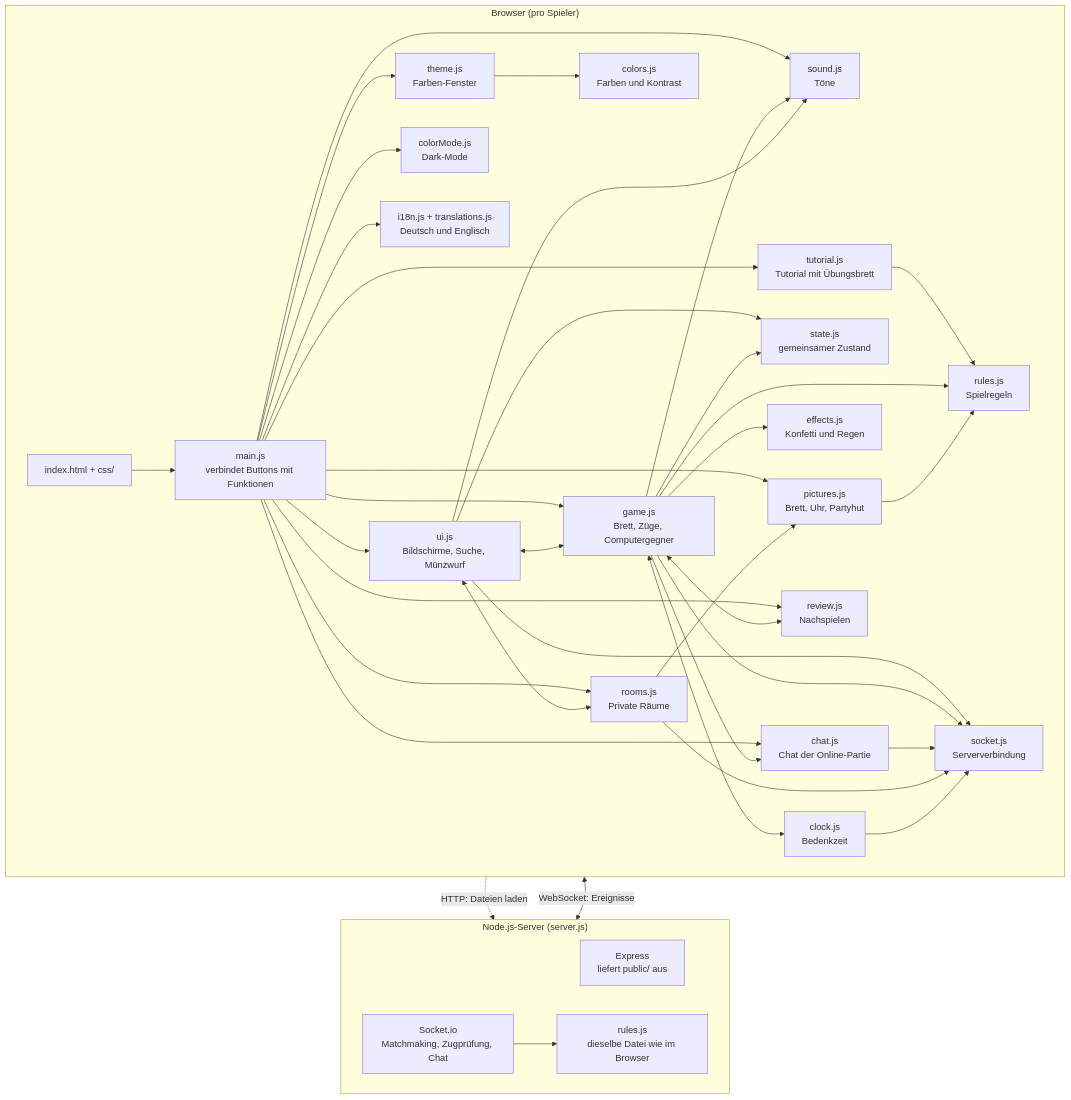
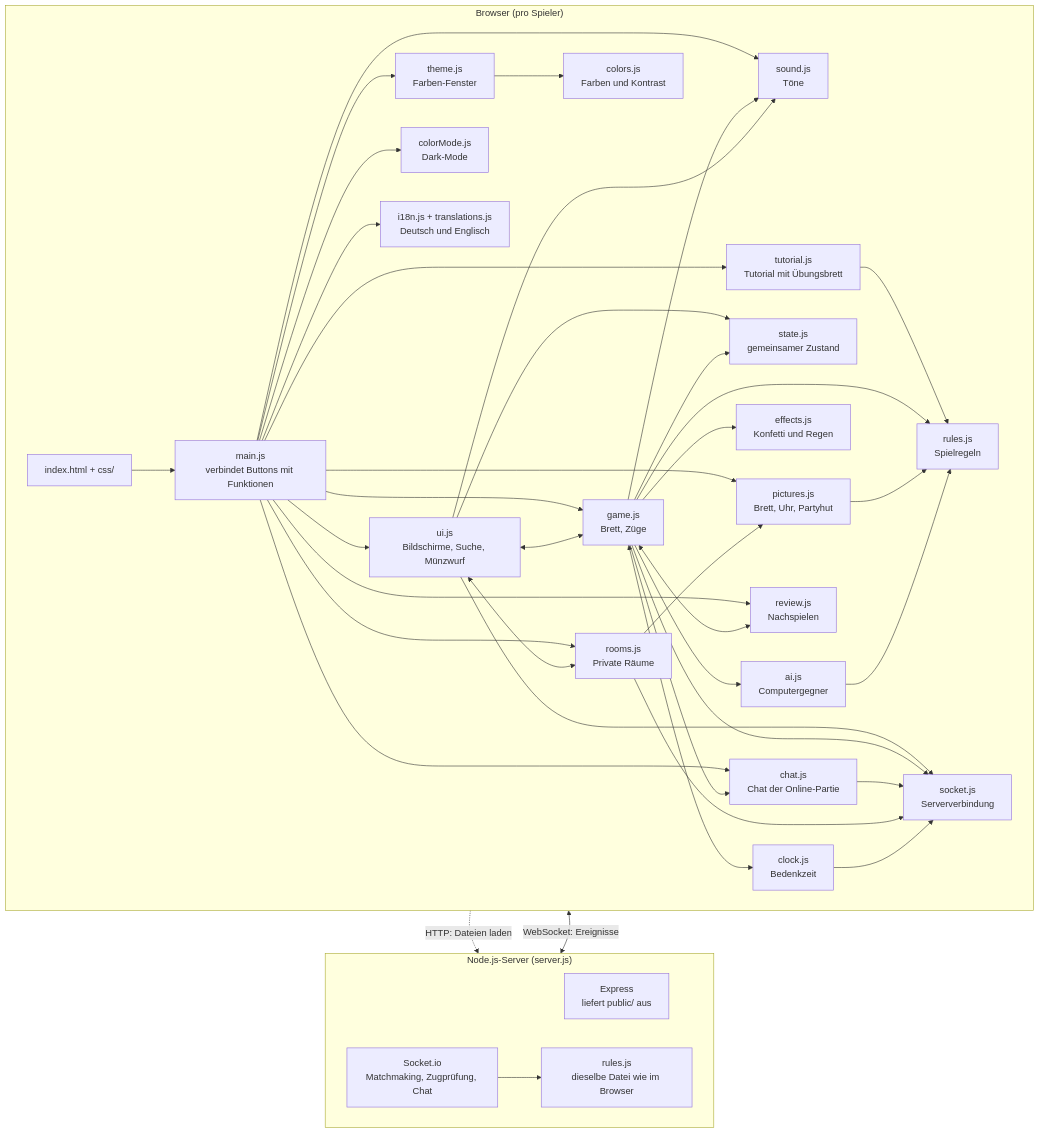
Before and after one commit to flofries00/WebProgDHBWDame: the first of 2 diagrams in README.md, drawn with Mermaid. The commit also changed other lines of this file and 8 other files, not shown here.

````diff
--- a/README.md
+++ b/README.md
@@ -166,68 +170,71 @@
 ```mermaid
 flowchart TB
     subgraph Browser["Browser (pro Spieler)"]
         direction LR
         HTML["index.html + css/"]
         Main["main.js<br/>verbindet Buttons mit Funktionen"]
         UI["ui.js<br/>Bildschirme, Suche, Münzwurf"]
-        Game["game.js<br/>Brett, Züge, Computergegner"]
+        Game["game.js<br/>Brett, Züge"]
         RulesC["rules.js<br/>Spielregeln"]
         Sound["sound.js<br/>Töne"]
         Theme["theme.js<br/>Farben-Fenster"]
         Colors["colors.js<br/>Farben und Kontrast"]
         ColorMode["colorMode.js<br/>Dark-Mode"]
         Tutorial["tutorial.js<br/>Tutorial mit Übungsbrett"]
         State["state.js<br/>gemeinsamer Zustand"]
         SocketC["socket.js<br/>Serververbindung"]
         I18n["i18n.js + translations.js<br/>Deutsch und Englisch"]
         Pictures["pictures.js<br/>Brett, Uhr, Partyhut"]
         Effects["effects.js<br/>Konfetti und Regen"]
         Chat["chat.js<br/>Chat der Online-Partie"]
         Rooms["rooms.js<br/>Private Räume"]
         Review["review.js<br/>Nachspielen"]
         Clock["clock.js<br/>Bedenkzeit"]
+        AI["ai.js<br/>Computergegner"]
         HTML --> Main
         Main --> UI
         Main --> Game
         Main --> Sound
         Main --> Theme
         Main --> ColorMode
         Main --> Tutorial
         Tutorial --> RulesC
         Theme --> Colors
         UI <--> Game
         Game --> RulesC
         Game --> Sound
         UI --> Sound
         UI --> State
         Game --> State
         UI --> SocketC
         Game --> SocketC
         Main --> I18n
         Main --> Pictures
         Pictures --> RulesC
         Game --> Effects
         Main --> Chat
         Game --> Chat
         Chat --> SocketC
         Main --> Rooms
         UI <--> Rooms
         Rooms --> Pictures
         Rooms --> SocketC
         Main --> Review
         Game <--> Review
         Game <--> Clock
         Clock --> SocketC
+        Game --> AI
+        AI --> RulesC
     end
 
     subgraph Server["Node.js-Server (server.js)"]
         direction LR
         Express["Express<br/>liefert public/ aus"]
         IO["Socket.io<br/>Matchmaking, Zugprüfung, Chat"]
         RulesS["rules.js<br/>dieselbe Datei wie im Browser"]
         IO --> RulesS
     end
 
     HTML -.->|"HTTP: Dateien laden"| Express
     SocketC <-->|"WebSocket: Ereignisse"| IO
 ```
````
